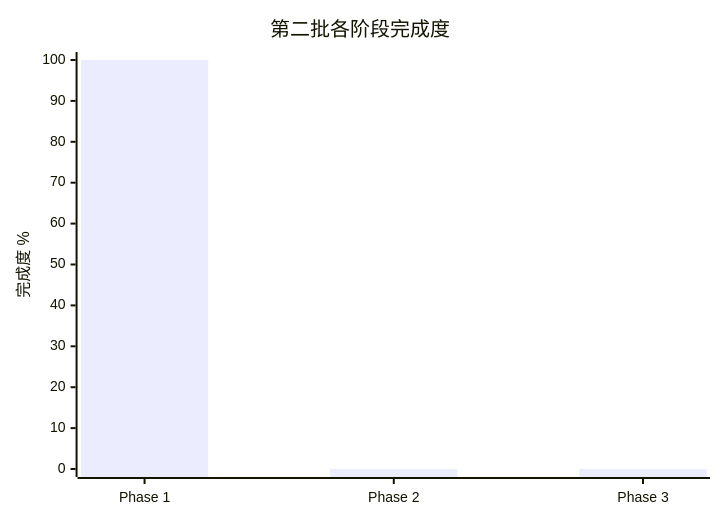
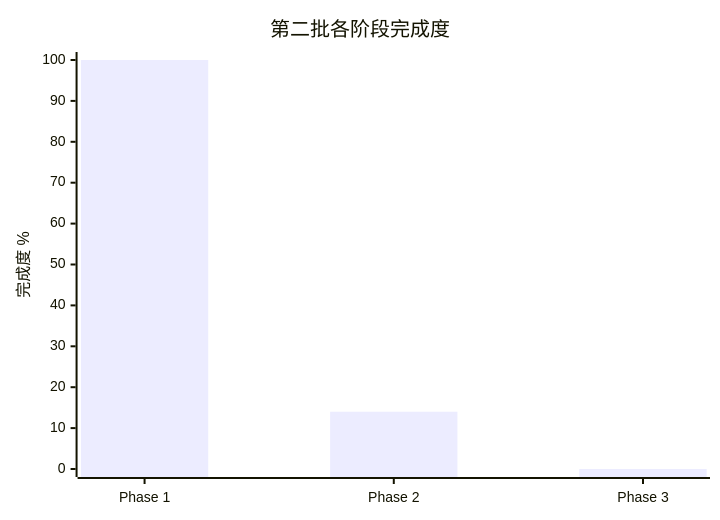
One commit to ceasarXuu/WhaleCode changed the diagram in docs/migration/codex-sync/2026-08-01-upstream-baseline-and-test-gates.md. Above: the diagram before and after it, drawn with Mermaid. The commit also changed other lines of this file and 1 other file, not shown here.

````diff
--- a/docs/migration/codex-sync/2026-08-01-upstream-baseline-and-test-gates.md
+++ b/docs/migration/codex-sync/2026-08-01-upstream-baseline-and-test-gates.md
@@ -21,7 +22,7 @@
 ```mermaid
 xychart-beta
   title "第二批各阶段完成度"
   x-axis ["Phase 1", "Phase 2", "Phase 3"]
   y-axis "完成度 %" 0 --> 100
-  bar [100, 0, 0]
+  bar [100, 14, 0]
 ```
````
